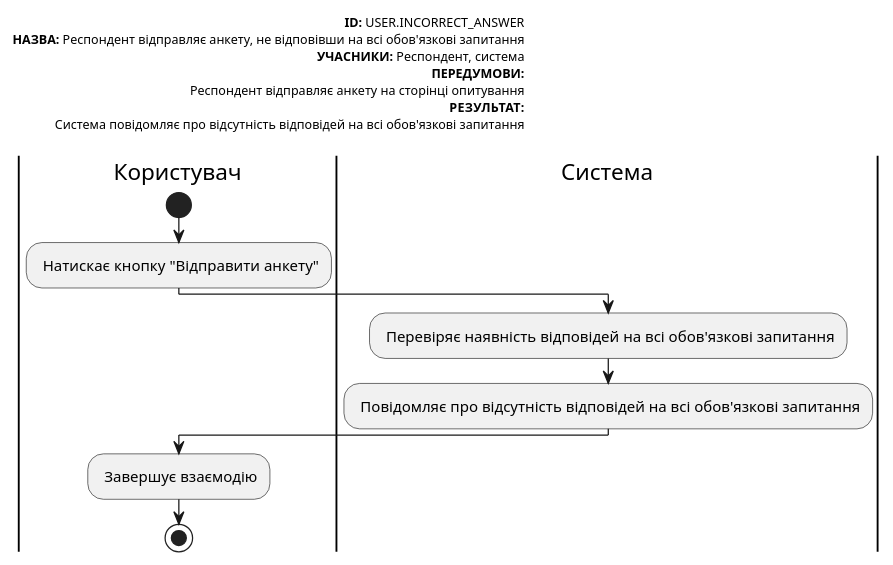
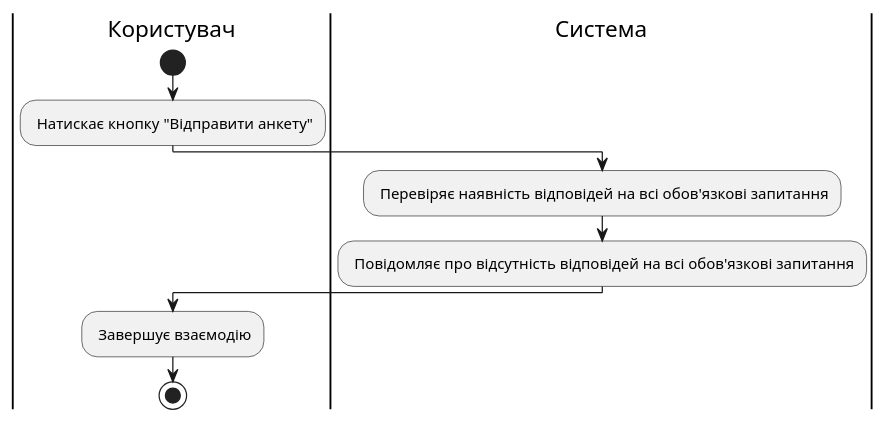
One commit to michigang1/ImForms changed diagram 21 of 22 in docs/use cases/README.md. Above: the diagram before and after it, drawn with PlantUML. The commit also changed other lines of this file, not shown here.

```diff
--- a/docs/use cases/README.md
+++ b/docs/use cases/README.md
@@ -679,24 +707,14 @@
 @startuml
-left header
-<font color=000 size=10><b>ID:</b> USER.INCORRECT_ANSWER
-<font color=000 size=10><b>НАЗВА:</b> Респондент відправляє анкету, не відповівши на всі обов'язкові запитання
-<font color=000 size=10><b>УЧАСНИКИ:</b> Респондент, система
-<font color=000 size=10><b>ПЕРЕДУМОВИ:</b>
-<font color=000 size=10> Респондент відправляє анкету на сторінці опитування
-<font color=000 size=10><b>РЕЗУЛЬТАТ:</b>
-<font color=000 size=10> Система повідомляє про відсутність відповідей на всі обов'язкові запитання
-
-end header
 
 |Користувач|
 start
 : Натискає кнопку "Відправити анкету";
 
 |Система|
 : Перевіряє наявність відповідей на всі обов'язкові запитання;
 : Повідомляє про відсутність відповідей на всі обов'язкові запитання;
 
 |Користувач|
 : Завершує взаємодію;
 stop;
 @enduml
```
